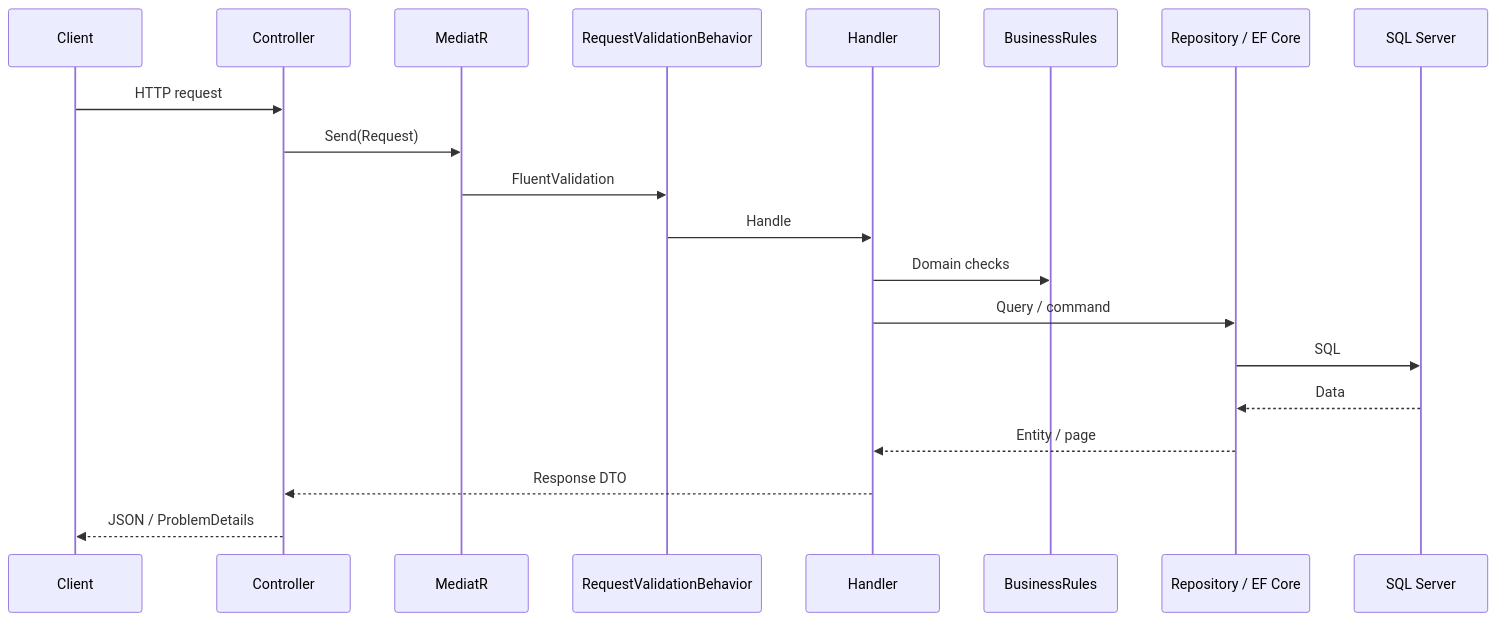
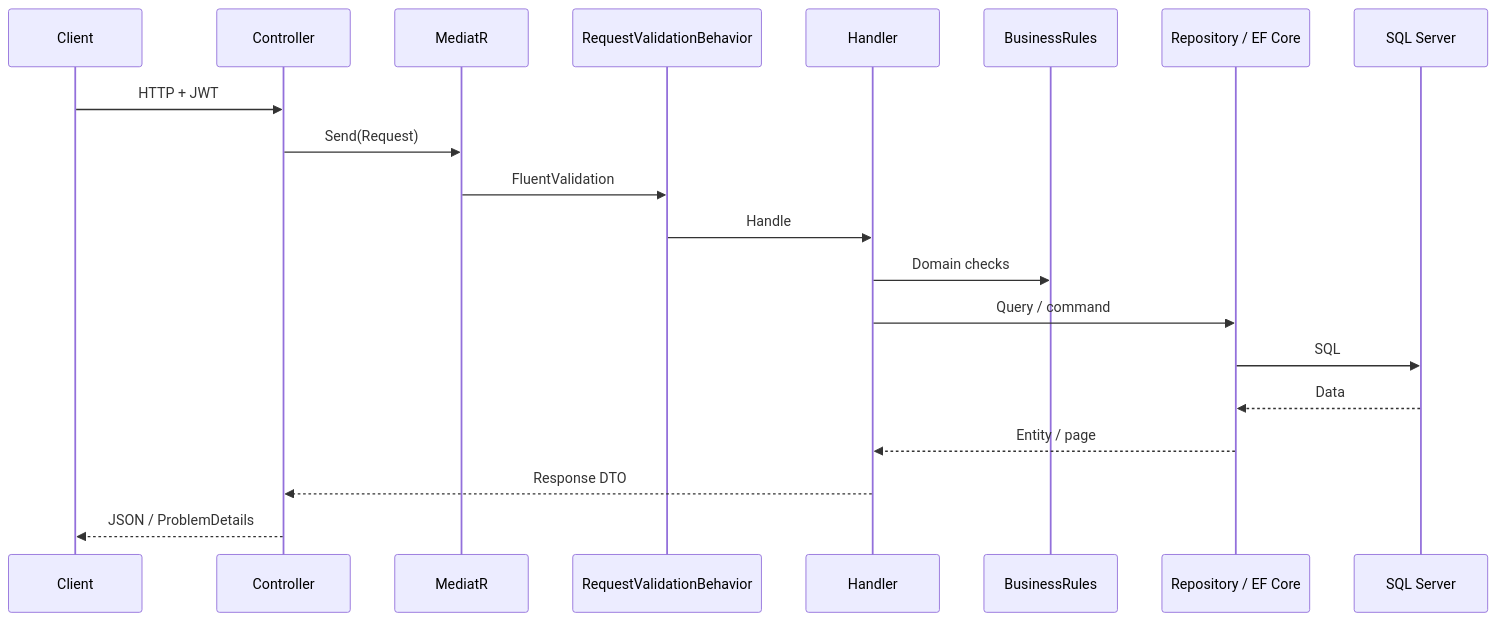
One commit to fdeniz07/BankApp changed the second of 3 diagrams in README.md. Above: the diagram before and after it, drawn with Mermaid. The commit also changed other lines of this file and 3 other files, not shown here.

````diff
--- a/README.md
+++ b/README.md
@@ -120,23 +123,23 @@
 ```mermaid
 sequenceDiagram
     participant Client
     participant Controller
     participant MediatR
     participant Validation as RequestValidationBehavior
     participant Handler
     participant Rules as BusinessRules
     participant Repo as Repository / EF Core
     participant Db as SQL Server
 
-    Client->>Controller: HTTP request
+    Client->>Controller: HTTP + JWT
     Controller->>MediatR: Send(Request)
     MediatR->>Validation: FluentValidation
     Validation->>Handler: Handle
     Handler->>Rules: Domain checks
     Handler->>Repo: Query / command
     Repo->>Db: SQL
     Db-->>Repo: Data
     Repo-->>Handler: Entity / page
     Handler-->>Controller: Response DTO
     Controller-->>Client: JSON / ProblemDetails
 ```
````
